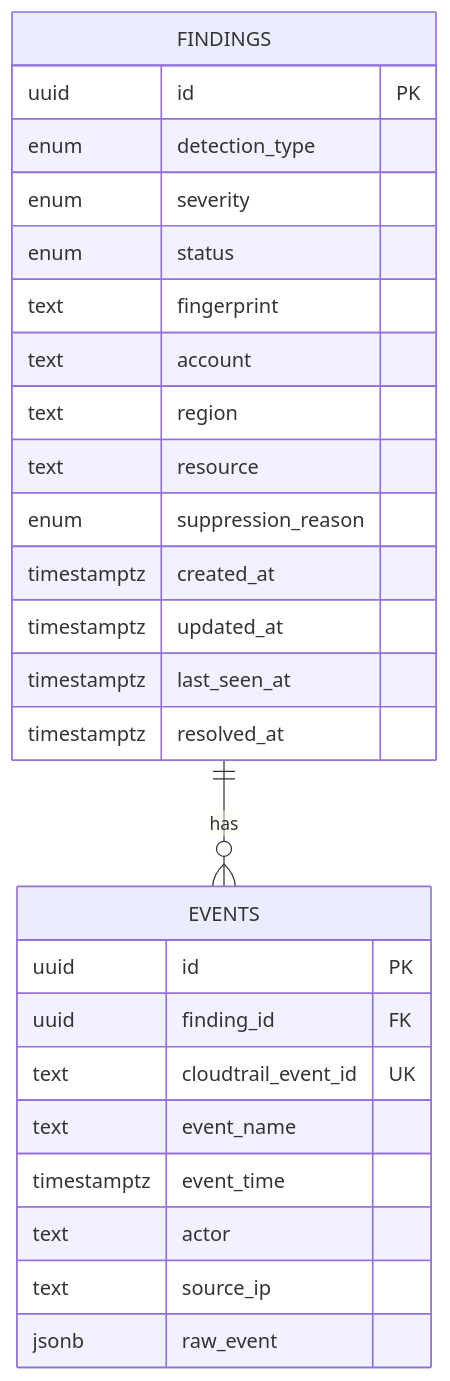
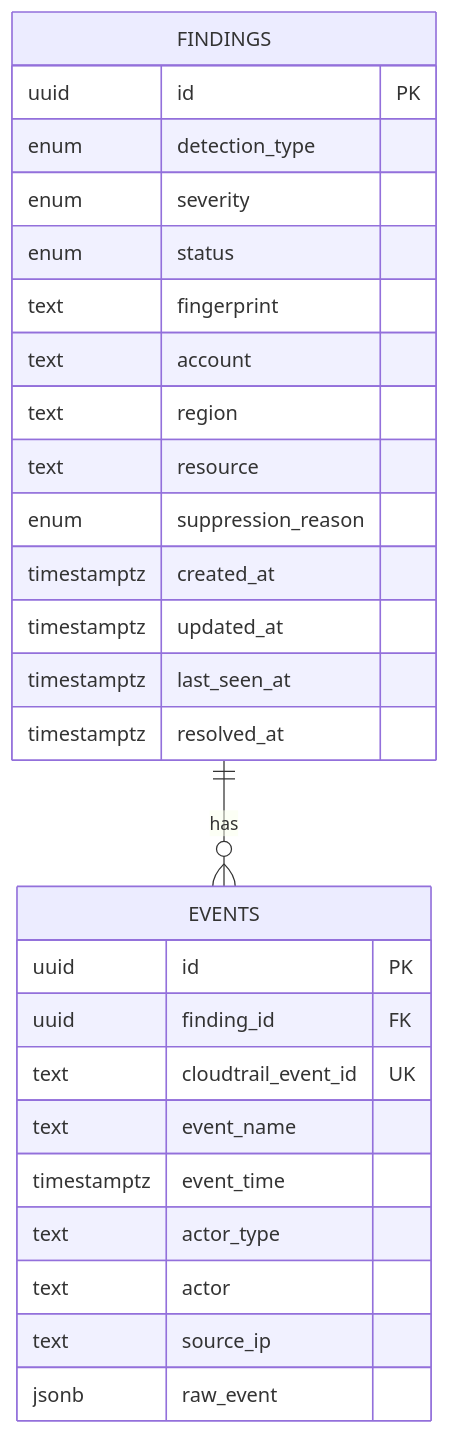
One commit to Zach-Maestas/aws-security-findings-platform changed the first of 2 diagrams in docs/data-model.md. Above: the diagram before and after it, drawn with Mermaid. The commit also changed other lines of this file, not shown here.

Commit message:
docs(data-model): added 'actor_type' documentation for events

````diff
--- a/docs/data-model.md
+++ b/docs/data-model.md
@@ -6,29 +6,30 @@
 ```mermaid
 erDiagram
     FINDINGS ||--o{ EVENTS : "has"
     FINDINGS {
         uuid id PK
         enum detection_type
         enum severity
         enum status
         text fingerprint
         text account
         text region
         text resource
         enum suppression_reason
         timestamptz created_at
         timestamptz updated_at
         timestamptz last_seen_at
         timestamptz resolved_at
     }
     EVENTS {
         uuid id PK
         uuid finding_id FK
         text cloudtrail_event_id UK
         text event_name
         timestamptz event_time
+        text actor_type
         text actor
         text source_ip
         jsonb raw_event
     }
 ```
````
